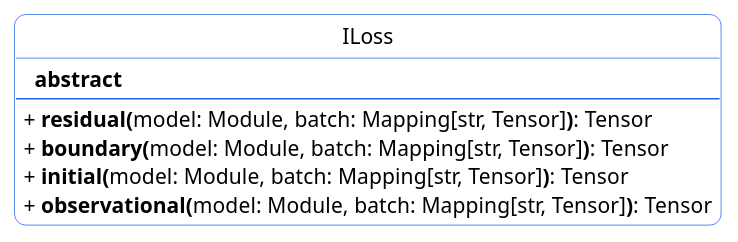
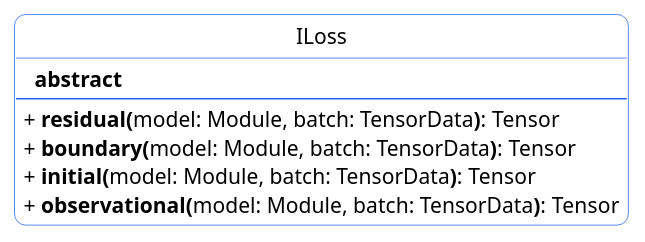
One commit to luralves/bernet changed the diagram in docs/contracts/loss.puml. Above: the diagram before and after it, drawn with PlantUML. The commit also changed 7 other files, not shown here.

```diff
--- a/docs/contracts/loss.puml
+++ b/docs/contracts/loss.puml
@@ -1,31 +1,31 @@
 @startuml loss
 ' === Clean modern look ===
 skinparam backgroundColor #FFFFFF
 skinparam classBackgroundColor #FFFFFF
 skinparam classBorderColor #2563EB
 skinparam roundCorner 15
 skinparam shadowing false
 
 ' Hide empty members
 hide empty members
 
 ' Hide circle
 hide circle
 
 ' Remove circles
 skinparam CircledCharacterRadius 10
 
 ' Remove markers from parameters and methods
 skinparam classAttributeIconSize 0
 
 ' ===== Diagram content =====
 class ILoss {
     **  abstract**
     --
-    + ** residual(**model: Module, batch: Mapping[str, Tensor]**)**: Tensor
-    + ** boundary(**model: Module, batch: Mapping[str, Tensor]**)**: Tensor
-    + ** initial(**model: Module, batch: Mapping[str, Tensor]**)**: Tensor
-    + ** observational(**model: Module, batch: Mapping[str, Tensor]**)**: Tensor
+    + ** residual(**model: Module, batch: TensorData**)**: Tensor
+    + ** boundary(**model: Module, batch: TensorData**)**: Tensor
+    + ** initial(**model: Module, batch: TensorData**)**: Tensor
+    + ** observational(**model: Module, batch: TensorData**)**: Tensor
 }
 
 @enduml
```
